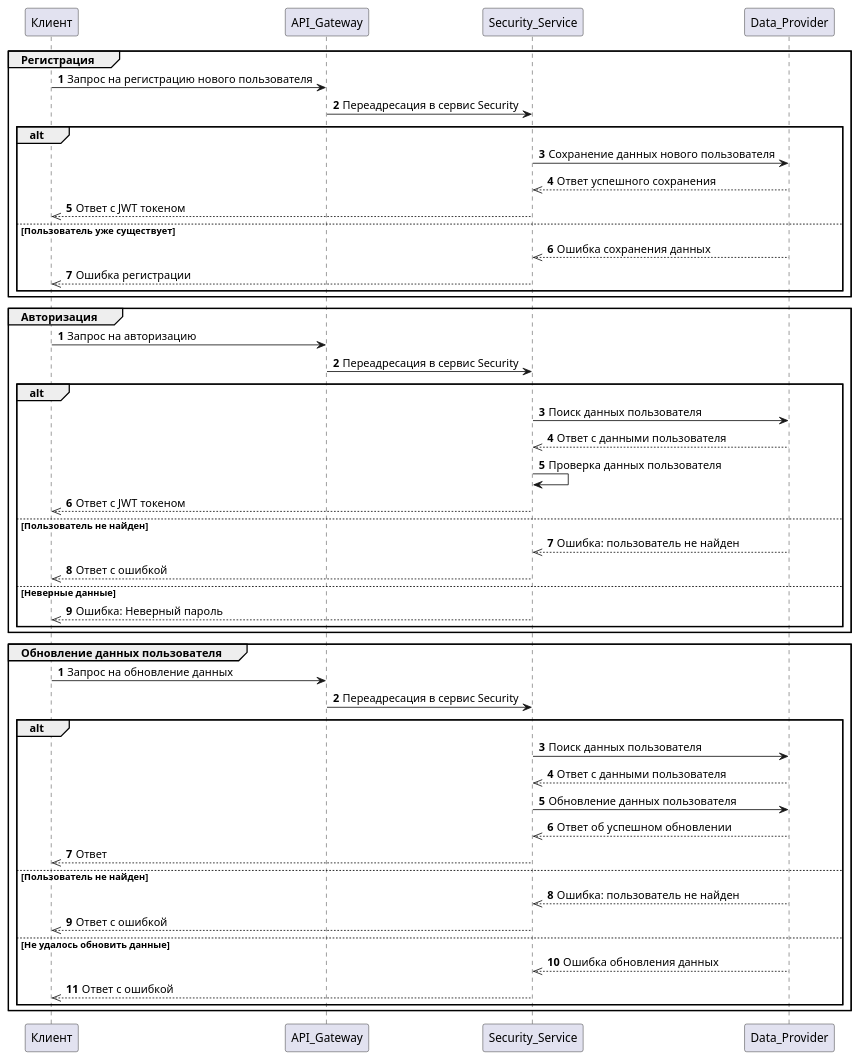
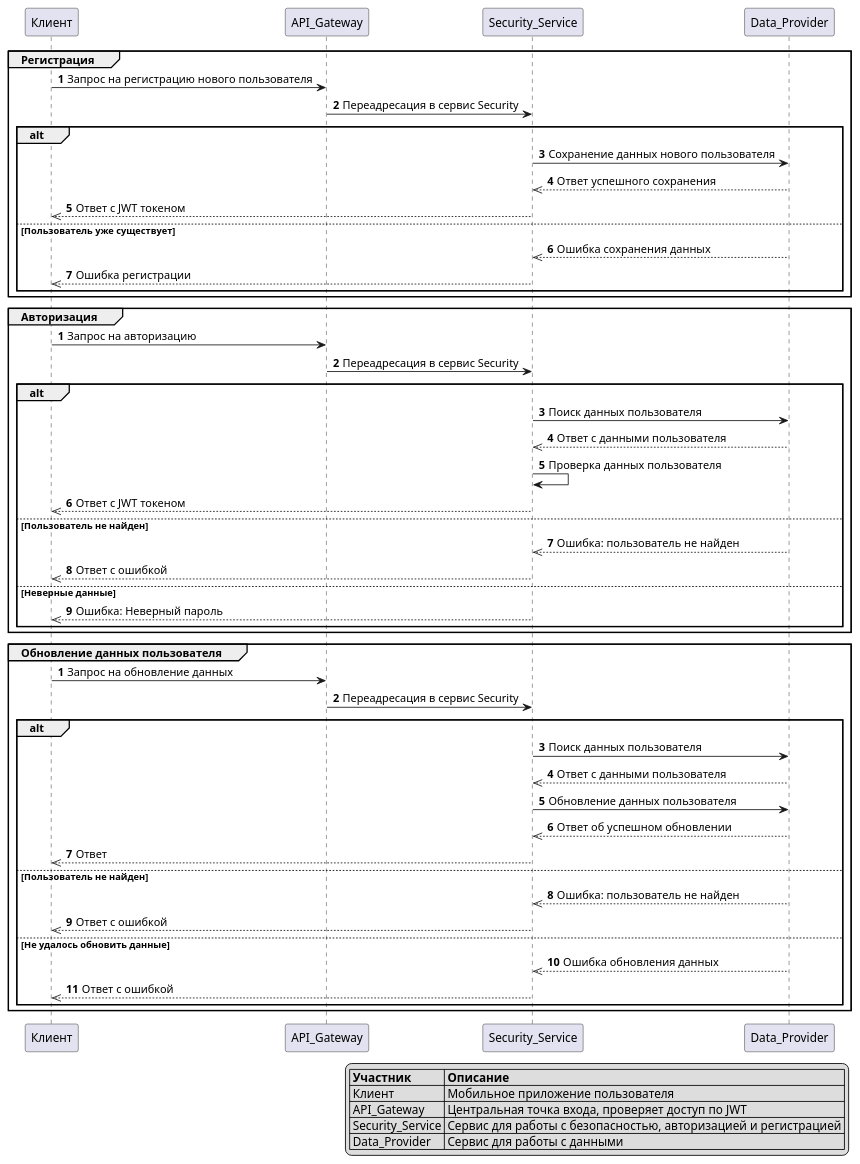
The diagram in diagrams/sequence/Security.puml (Coursework-2024-25-WalkingRoutesApp/program-documentation), drawn with PlantUML before and after one commit. The commit also changed 2 other files, not shown here.

Commit message:
обавил первые  3 sequence диаграммы

```diff
--- a/diagrams/sequence/Security.puml
+++ b/diagrams/sequence/Security.puml
@@ -1,55 +1,63 @@
 @startuml
 'https://plantuml.com/sequence-diagram
 
 autonumber
 
 group Регистрация
     Клиент -> API_Gateway: Запрос на регистрацию нового пользователя
     API_Gateway -> Security_Service: Переадресация в сервис Security
     alt
     Security_Service -> Data_Provider: Сохранение данных нового пользователя
     Data_Provider -->> Security_Service: Ответ успешного сохранения
     Security_Service -->> Клиент: Ответ с JWT токеном
     else  Пользователь уже существует
     Data_Provider -->> Security_Service: Ошибка сохранения данных
     Security_Service -->> Клиент: Ошибка регистрации
     end
 
 end
 
 autonumber
 group Авторизация
     Клиент -> API_Gateway: Запрос на авторизацию
     API_Gateway -> Security_Service: Переадресация в сервис Security
     alt
     Security_Service -> Data_Provider: Поиск данных пользователя
     Data_Provider -->> Security_Service: Ответ с данными пользователя
     Security_Service -> Security_Service: Проверка данных пользователя
     Security_Service -->> Клиент: Ответ с JWT токеном
     else  Пользователь не найден
     Data_Provider -->> Security_Service: Ошибка: пользователь не найден
     Security_Service -->> Клиент: Ответ с ошибкой
     else Неверные данные
     Security_Service -->> Клиент: Ошибка: Неверный пароль
     end
 end
 
 autonumber
 group Обновление данных пользователя
     Клиент -> API_Gateway: Запрос на обновление данных
     API_Gateway -> Security_Service: Переадресация в сервис Security
     alt
     Security_Service -> Data_Provider: Поиск данных пользователя
     Data_Provider -->> Security_Service: Ответ с данными пользователя
     Security_Service -> Data_Provider: Обновление данных пользователя
      Data_Provider -->> Security_Service: Ответ об успешном обновлении
     Security_Service -->> Клиент: Ответ
     else  Пользователь не найден
     Data_Provider -->> Security_Service: Ошибка: пользователь не найден
     Security_Service -->> Клиент: Ответ с ошибкой
     else Не удалось обновить данные
     Data_Provider -->> Security_Service: Ошибка обновления данных
     Security_Service -->> Клиент: Ответ с ошибкой
     end
 end
+
+legend right
+|= Участник |= Описание |
+| Клиент | Мобильное приложение пользователя |
+| API_Gateway | Центральная точка входа, проверяет доступ по JWT |
+| Security_Service | Сервис для работы с безопасностью, авторизацией и регистрацией |
+| Data_Provider | Сервис для работы с данными |
+endlegend
 @enduml
```
